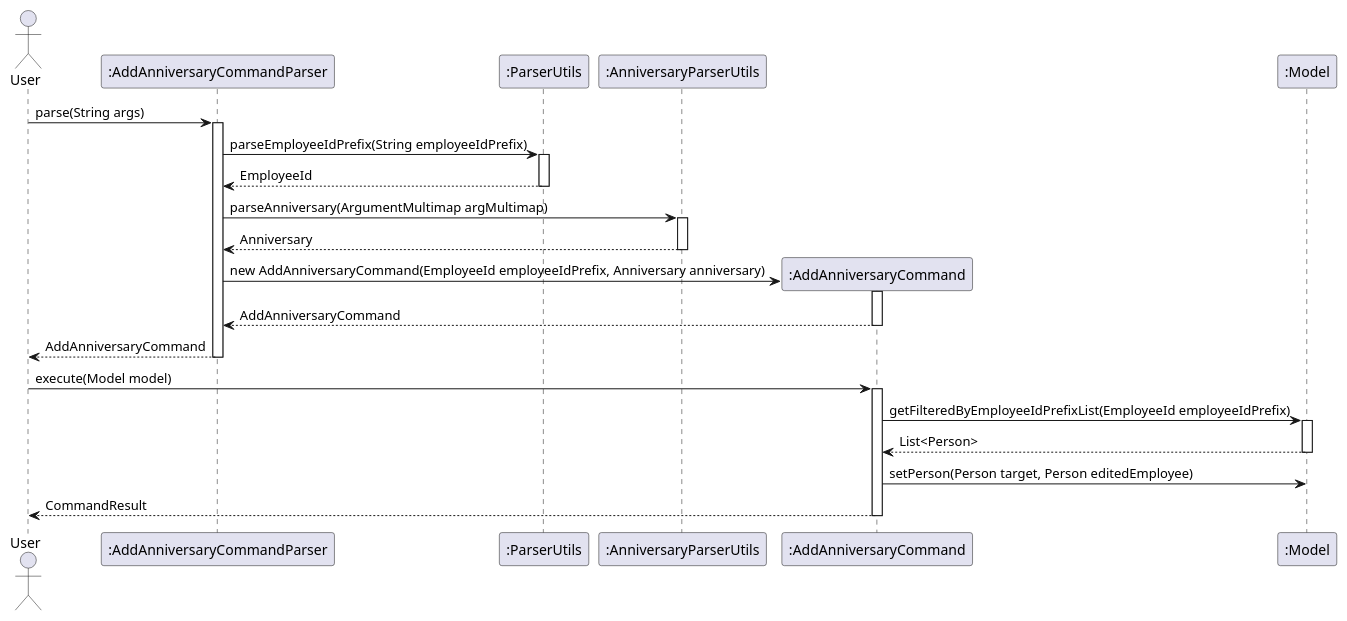
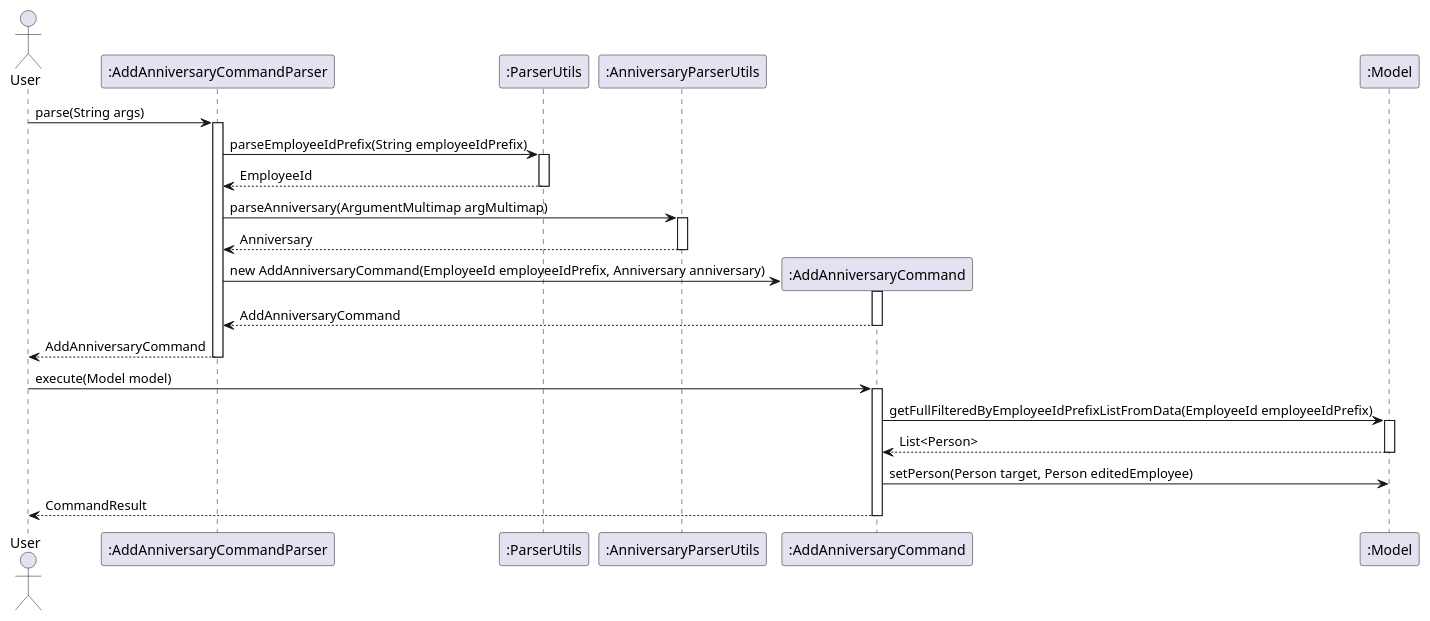
One commit to kimseunghyun-kr/tp changed the diagram in docs/diagrams/AddAnniversaryCommandSequenceDiagram.puml. Above: the diagram before and after it, drawn with PlantUML. The commit also changed 1 other file, not shown here.

Commit message:
Edit : modified puml sequence diagrams

```diff
--- a/docs/diagrams/AddAnniversaryCommandSequenceDiagram.puml
+++ b/docs/diagrams/AddAnniversaryCommandSequenceDiagram.puml
@@ -1,36 +1,36 @@
 @startuml
 actor User as U
 participant ":AddAnniversaryCommandParser" as AACP
 participant ":ParserUtils" as PU
 participant ":AnniversaryParserUtils" as APU
 participant ":AddAnniversaryCommand" as AAC
 participant ":Model" as M
 
 
 U -> AACP: parse(String args)
 activate AACP
 AACP -> PU : parseEmployeeIdPrefix(String employeeIdPrefix)
 activate PU
 PU --> AACP: EmployeeId
 deactivate PU
 AACP -> APU: parseAnniversary(ArgumentMultimap argMultimap)
 activate APU
 APU --> AACP: Anniversary
 deactivate APU
 create AAC
 AACP -> AAC : new AddAnniversaryCommand(EmployeeId employeeIdPrefix, Anniversary anniversary)
 Activate AAC
 return AddAnniversaryCommand
 AACP --> U : AddAnniversaryCommand
 deactivate AACP
 
 U -> AAC: execute(Model model)
 activate AAC
-AAC -> M : getFilteredByEmployeeIdPrefixList(EmployeeId employeeIdPrefix)
+AAC -> M : getFullFilteredByEmployeeIdPrefixListFromData(EmployeeId employeeIdPrefix)
 activate M
 M --> AAC : List<Person>
 deactivate M
 AAC -> M : setPerson(Person target, Person editedEmployee)
 return CommandResult
 
 @enduml
```
